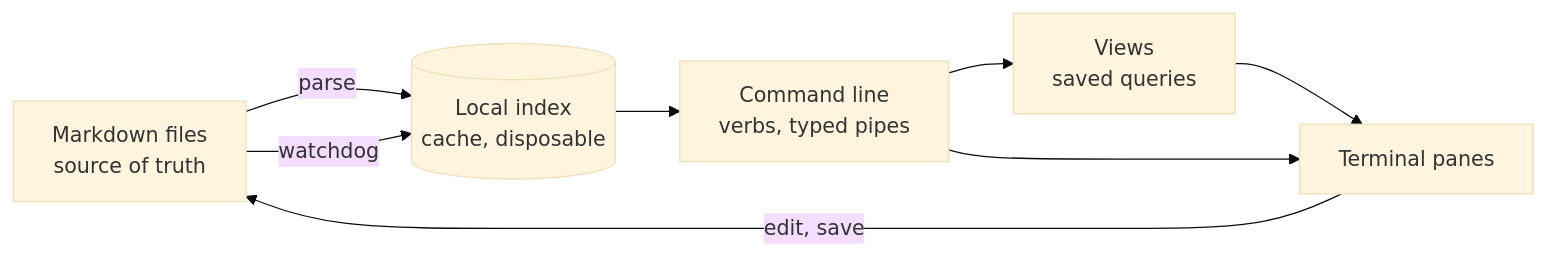
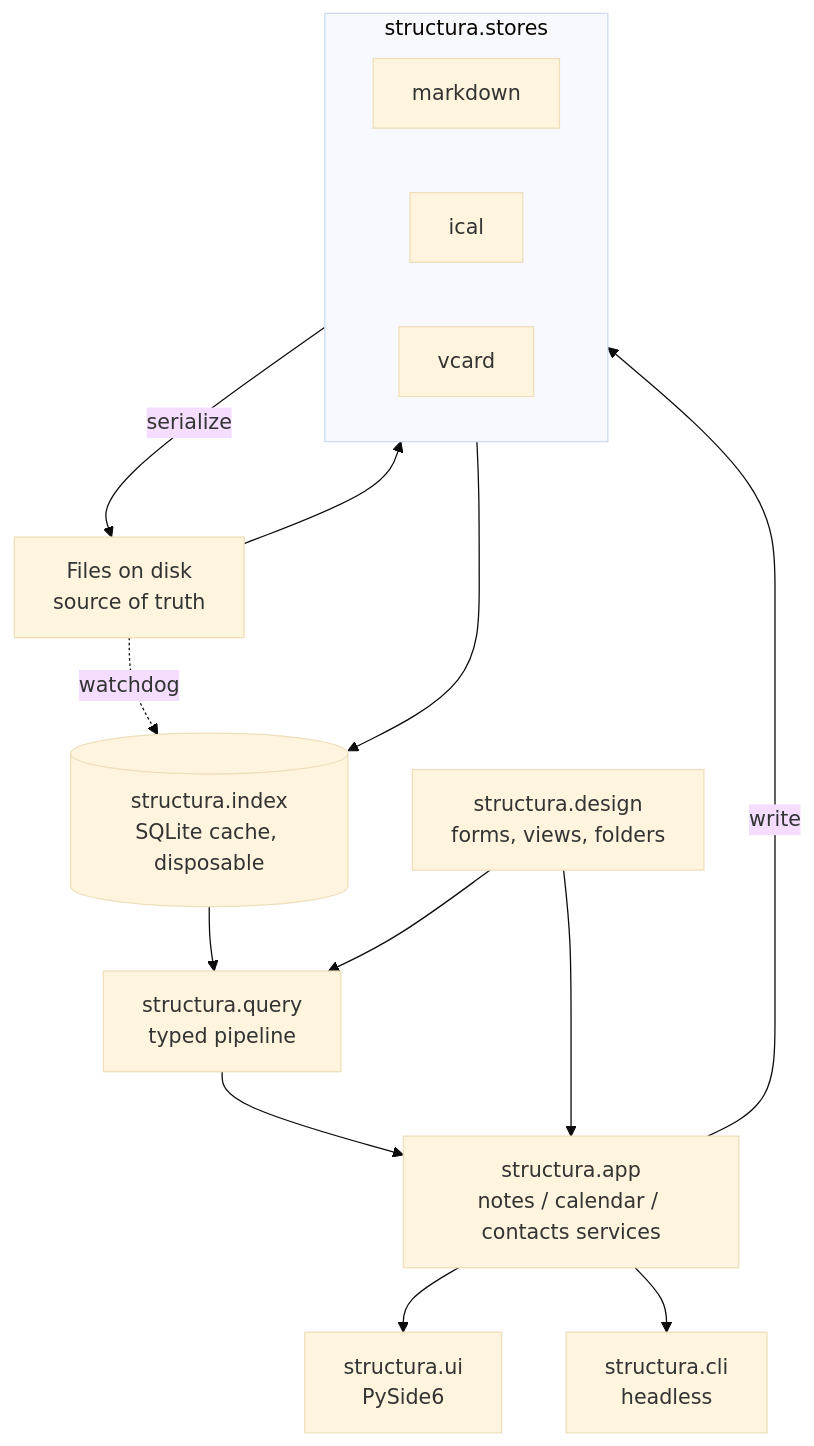
One commit to pharomwinters/structura changed the diagram in docs/design.md. Above: the diagram before and after it, drawn with Mermaid (base theme). The commit also changed other lines of this file and 1 other file, not shown here.

First line of the commit message:
Rewrite design around a document database with three applications

````diff
--- a/docs/design.md
+++ b/docs/design.md
@@ -98,10 +201,19 @@
 ```mermaid
-flowchart LR
-  FS["Markdown files<br/>source of truth"] -->|parse| IDX[("Local index<br/>cache, disposable")]
-  FS -->|watchdog| IDX
-  IDX --> CL["Command line<br/>verbs, typed pipes"]
-  CL --> VW["Views<br/>saved queries"]
-  VW --> UI["Terminal panes"]
-  CL --> UI
-  UI -->|edit, save| FS
+flowchart TB
+  subgraph stores["structura.stores"]
+    MD["markdown"]
+    ICS["ical"]
+    VCF["vcard"]
+  end
+  FS["Files on disk<br/>source of truth"] --> stores
+  stores --> IDX[("structura.index<br/>SQLite cache, disposable")]
+  FS -.->|watchdog| IDX
+  IDX --> Q["structura.query<br/>typed pipeline"]
+  DES["structura.design<br/>forms, views, folders"] --> Q
+  Q --> APP["structura.app<br/>notes / calendar / contacts services"]
+  DES --> APP
+  APP --> UI["structura.ui<br/>PySide6"]
+  APP --> CLI["structura.cli<br/>headless"]
+  APP -->|write| stores
+  stores -->|serialize| FS
 ```
````
